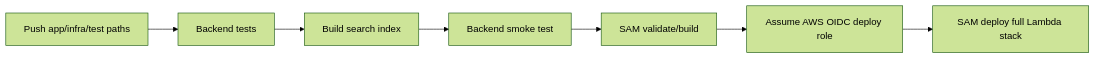
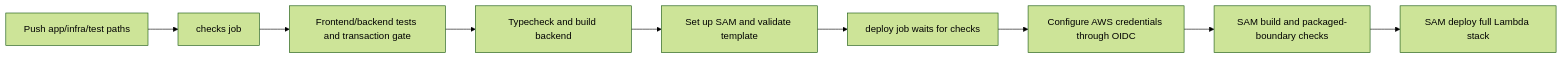
The fifth of 6 diagrams in docs/architecture.md (DataTalksClub/dataops), drawn with Mermaid (forest theme) before and after one commit. The commit also changed other lines of this file, not shown here.

First line of the commit message:
docs: correct content validation architecture contract

````diff
--- a/docs/architecture.md
+++ b/docs/architecture.md
@@ -144,9 +167,11 @@
 ```mermaid
 flowchart LR
-  CodePush[Push app/infra/test paths] --> Tests[Backend tests]
-  Tests --> IndexCheck[Build search index]
-  IndexCheck --> HandlerSmoke[Backend smoke test]
-  HandlerSmoke --> SamValidate[SAM validate/build]
-  SamValidate --> OIDC[Assume AWS OIDC deploy role]
-  OIDC --> Deploy[SAM deploy full Lambda stack]
+  CodePush[Push app/infra/test paths] --> Checks[checks job]
+  Checks --> UnitChecks[Frontend/backend tests and transaction gate]
+  UnitChecks --> TypeAndBuild[Typecheck and build backend]
+  TypeAndBuild --> SamValidate[Set up SAM and validate template]
+  SamValidate --> DeployJob[deploy job waits for checks]
+  DeployJob --> OIDC[Configure AWS credentials through OIDC]
+  OIDC --> Package[SAM build and packaged-boundary checks]
+  Package --> Deploy[SAM deploy full Lambda stack]
 ```
````
